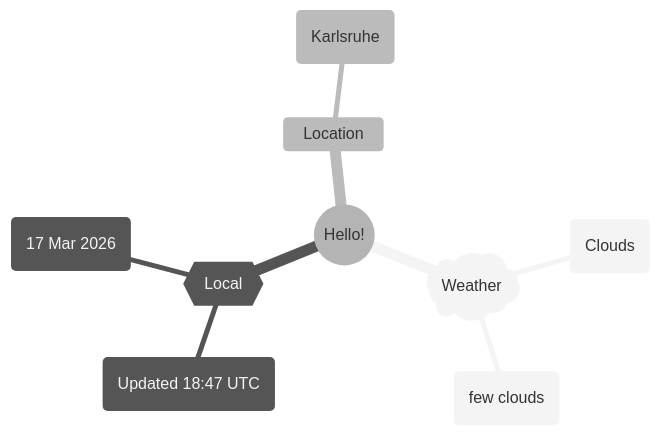
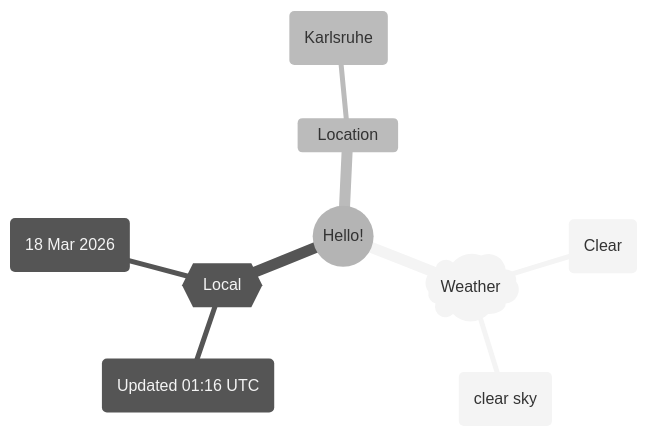
Before and after one commit to Xosrov/Xosrov: the first of 2 diagrams in README.md, drawn with Mermaid (neutral theme).

Commit message:
[bot] updated images

````diff
--- a/README.md
+++ b/README.md
@@ -3,12 +3,12 @@
 ```mermaid
 mindmap
   root((Hello!))
     )Weather(
-        (Clouds)
-        (few clouds)
+        (Clear)
+        (clear sky)
     {{Local}}
-        (Updated 18:47 UTC)
-        (17 Mar 2026)
+        (Updated 01:16 UTC)
+        (18 Mar 2026)
     Location
         (Karlsruhe)
 ```
````
